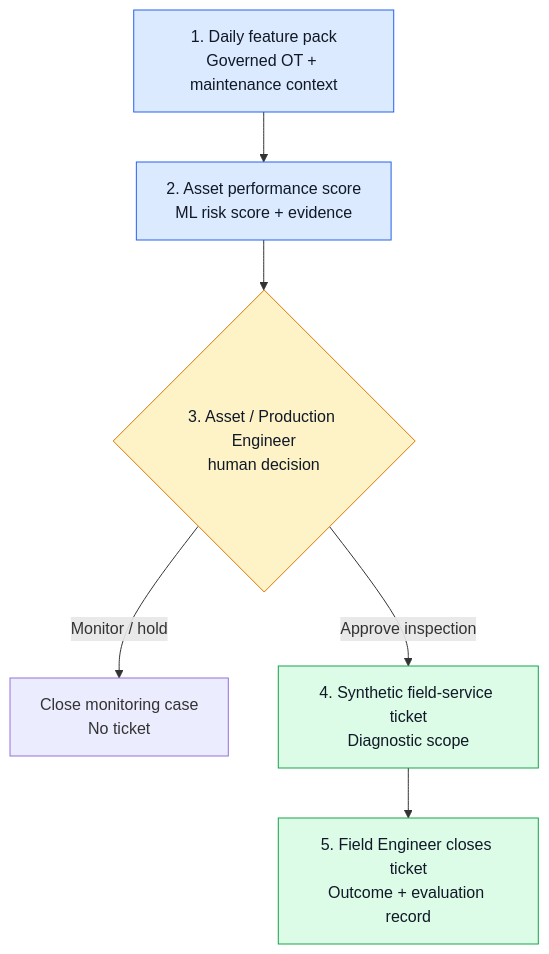
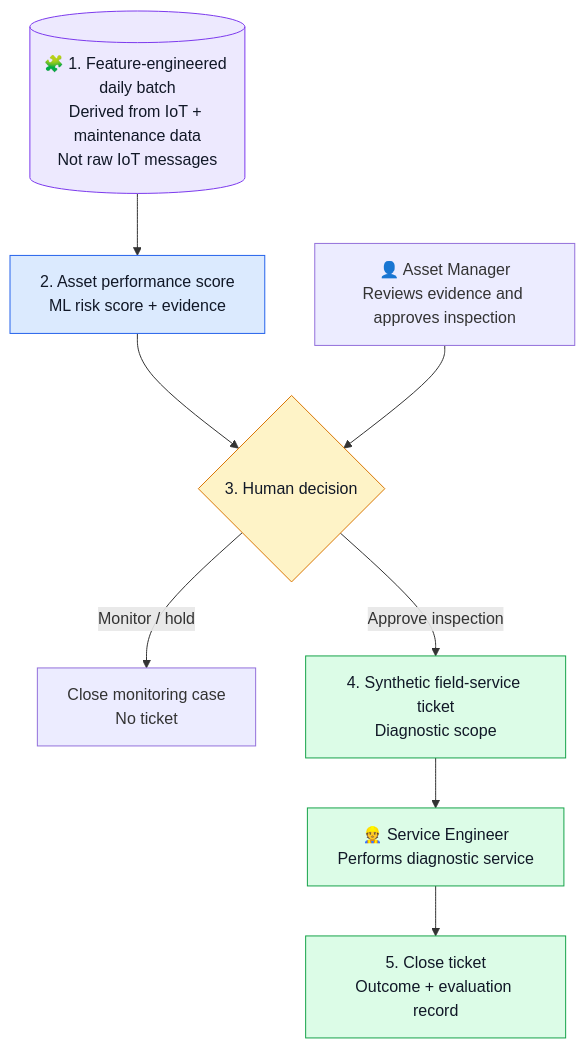
One commit to fmlin0429712024/industrial-operations-ai-poc changed the diagram in README.md. Above: the diagram before and after it, drawn with Mermaid. The commit also changed other lines of this file, not shown here.

Commit message:
Clarify feature batch and workflow personas

````diff
--- a/README.md
+++ b/README.md
@@ -9,15 +9,19 @@
 ```mermaid
 flowchart TD
-    A["1. Daily feature pack<br/>Governed OT + maintenance context"] --> B["2. Asset performance score<br/>ML risk score + evidence"]
-    B --> C{"3. Asset / Production Engineer<br/>human decision"}
+    A[("🧩 1. Feature-engineered daily batch<br/>Derived from IoT + maintenance data<br/>Not raw IoT messages")] --> B["2. Asset performance score<br/>ML risk score + evidence"]
+    B --> C{"3. Human decision"}
+    P1["👤 Asset Manager<br/>Reviews evidence and approves inspection"] --> C
     C -->|"Monitor / hold"| D["Close monitoring case<br/>No ticket"]
     C -->|"Approve inspection"| E["4. Synthetic field-service ticket<br/>Diagnostic scope"]
-    E --> F["5. Field Engineer closes ticket<br/>Outcome + evaluation record"]
+    E --> P2["👷 Service Engineer<br/>Performs diagnostic service"]
+    P2 --> F["5. Close ticket<br/>Outcome + evaluation record"]
 
+    classDef data fill:#ede9fe,stroke:#7c3aed,color:#111827;
     classDef model fill:#dbeafe,stroke:#2563eb,color:#111827;
     classDef gate fill:#fef3c7,stroke:#d97706,color:#111827;
     classDef ticket fill:#dcfce7,stroke:#16a34a,color:#111827;
-    class A,B model;
+    class A data;
+    class B model;
     class C gate;
-    class E,F ticket;
+    class E,F,P2 ticket;
 ```
````
